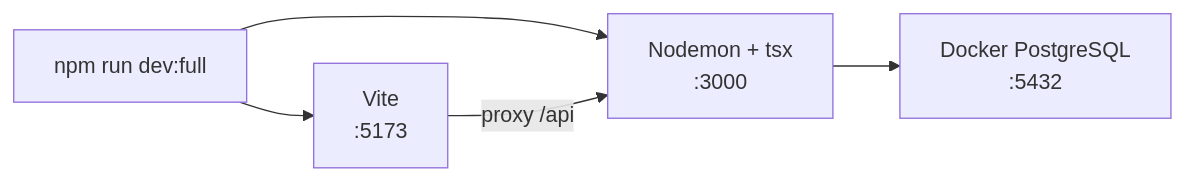
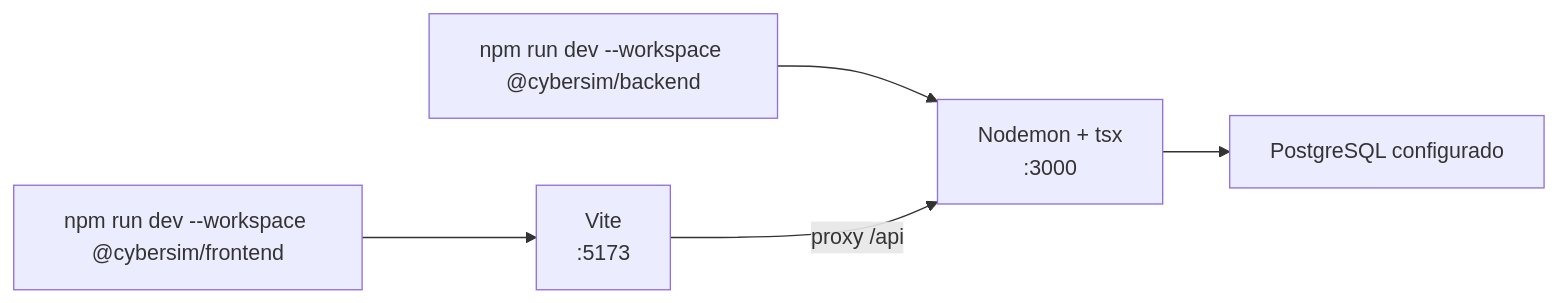
Before and after one commit to StivenJM/CyberSim: the ninth of 9 diagrams in docs/arquitectura.md, drawn with Mermaid. The commit also changed other lines of this file and 6 other files, not shown here.

````diff
--- a/docs/arquitectura.md
+++ b/docs/arquitectura.md
@@ -395,12 +395,13 @@
 ```mermaid
 flowchart LR
-    npm[npm run dev:full]
+    frontend[npm run dev --workspace @cybersim/frontend]
+    backend[npm run dev --workspace @cybersim/backend]
     vite[Vite\n:5173]
     nodemon[Nodemon + tsx\n:3000]
-    postgres[Docker PostgreSQL\n:5432]
+    postgres[PostgreSQL configurado]
 
-    npm --> vite
-    npm --> nodemon
+    frontend --> vite
+    backend --> nodemon
     nodemon --> postgres
     vite -->|proxy /api| nodemon
 ```
````
